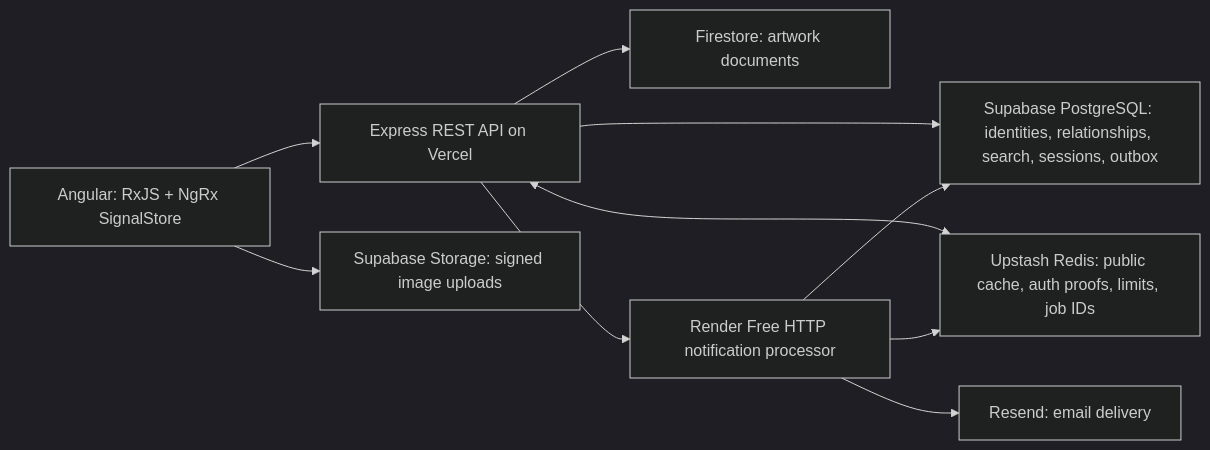
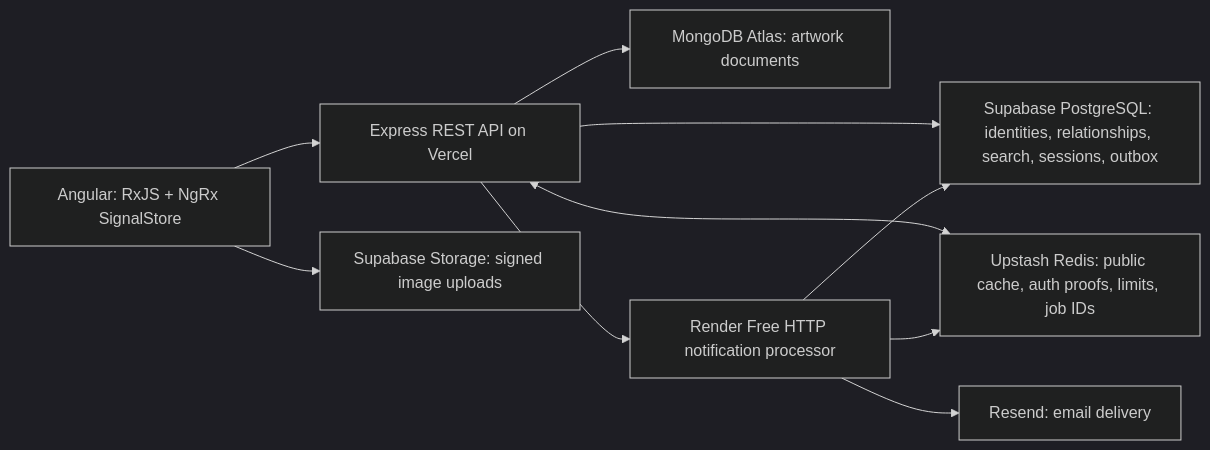
One commit to khalifehbasiri/Gallery-web-app changed the first of 2 diagrams in README.md. Above: the diagram before and after it, drawn with Mermaid (dark theme). The commit also changed other lines of this file and 6 other files, not shown here.

Commit message:
docs: explain MongoDB architecture and verified cloud cutover

````diff
--- a/README.md
+++ b/README.md
@@ -61,12 +61,12 @@
 ```mermaid
 flowchart LR
   Browser[Angular: RxJS + NgRx SignalStore] --> API[Express REST API on Vercel]
   API --> SQL[Supabase PostgreSQL: identities, relationships, search, sessions, outbox]
-  API --> Docs[Firestore: artwork documents]
+  API --> Docs[MongoDB Atlas: artwork documents]
   Browser --> Images[Supabase Storage: signed image uploads]
   API <--> Redis[Upstash Redis: public cache, auth proofs, limits, job IDs]
   API --> Worker[Render Free HTTP notification processor]
   Worker --> SQL
   Worker --> Redis
   Worker --> Email[Resend: email delivery]
 ```
````
